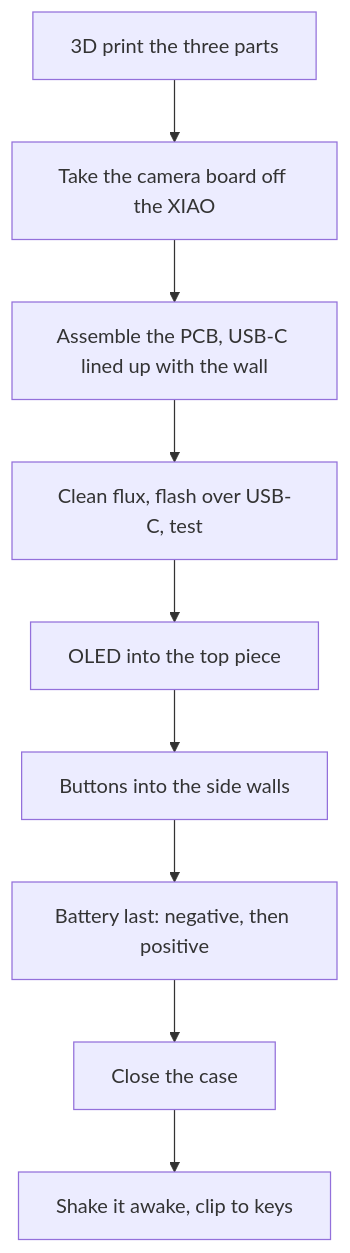
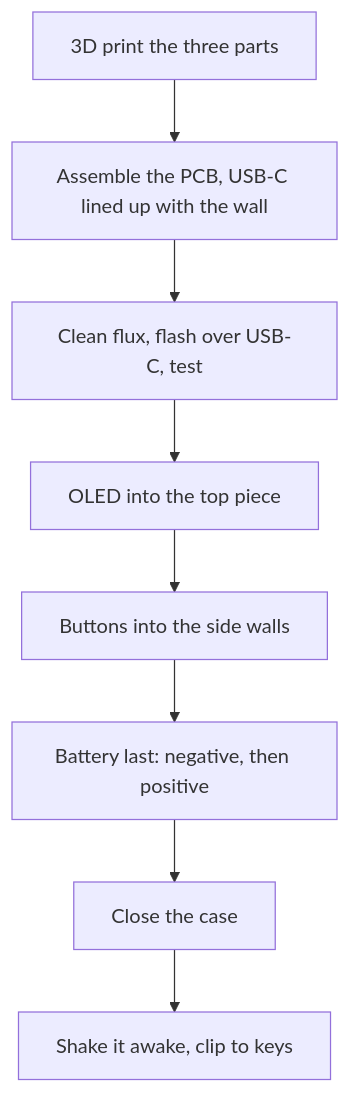
One commit to hronkrobotics/solareyes changed the fourth of 5 diagrams in README.md. Above: the diagram before and after it, drawn with Mermaid. The commit also changed other lines of this file and 6 other files, not shown here.

````diff
--- a/README.md
+++ b/README.md
@@ -203,11 +190,10 @@
 ```mermaid
 flowchart TD
-    S1["3D print the three parts"] --> S2["Take the camera board off the XIAO"]
-    S2 --> S3["Assemble the PCB, USB-C lined up with the wall"]
-    S3 --> S4["Clean flux, flash over USB-C, test"]
-    S4 --> S5["OLED into the top piece"]
-    S5 --> S6["Buttons into the side walls"]
-    S6 --> S7["Battery last: negative, then positive"]
-    S7 --> S8["Close the case"]
-    S8 --> S9["Shake it awake, clip to keys"]
+    S1["3D print the three parts"] --> S2["Assemble the PCB, USB-C lined up with the wall"]
+    S2 --> S3["Clean flux, flash over USB-C, test"]
+    S3 --> S4["OLED into the top piece"]
+    S4 --> S5["Buttons into the side walls"]
+    S5 --> S6["Battery last: negative, then positive"]
+    S6 --> S7["Close the case"]
+    S7 --> S8["Shake it awake, clip to keys"]
 ```
````
